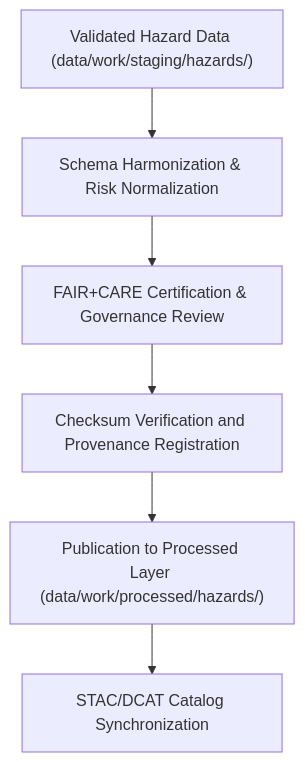
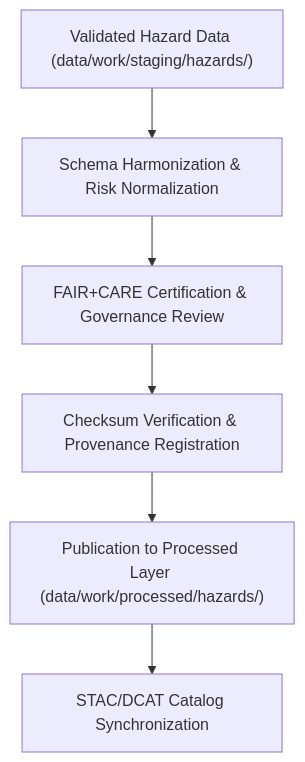
The diagram in data/work/processed/hazards/README.md (bartytime4life/Kansas-Frontier-Matrix), drawn with Mermaid before and after one commit. The commit also changed other lines of this file, not shown here.

````diff
--- a/data/work/processed/hazards/README.md
+++ b/data/work/processed/hazards/README.md
@@ -63,8 +64,8 @@
 ```mermaid
 flowchart TD
     A["Validated Hazard Data (data/work/staging/hazards/)"] --> B["Schema Harmonization & Risk Normalization"]
     B --> C["FAIR+CARE Certification & Governance Review"]
-    C --> D["Checksum Verification and Provenance Registration"]
+    C --> D["Checksum Verification & Provenance Registration"]
     D --> E["Publication to Processed Layer (data/work/processed/hazards/)"]
     E --> F["STAC/DCAT Catalog Synchronization"]
 ```
````
